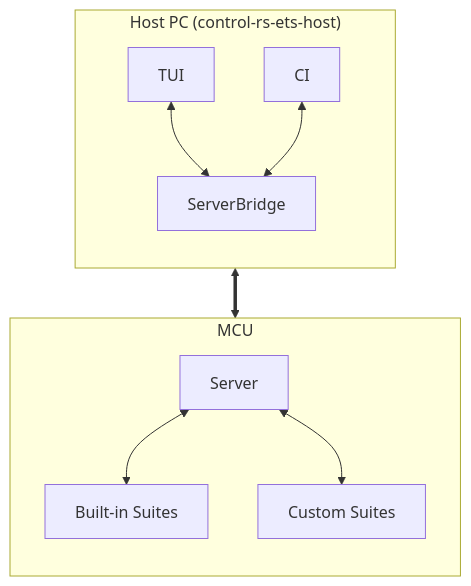
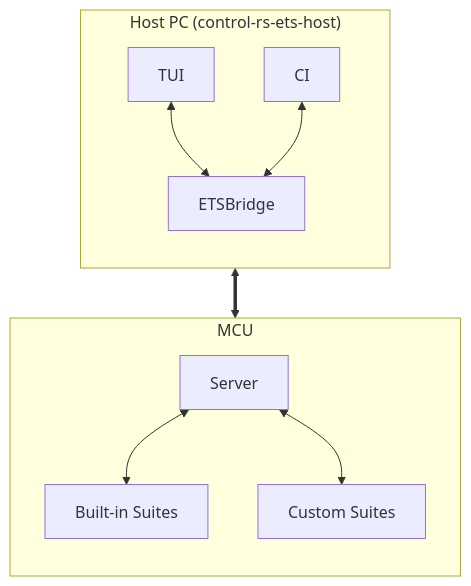
One commit to Dyse-Industries/control-rs changed the diagram in documentation/ets/ets-overview.md. Above: the diagram before and after it, drawn with Mermaid. The commit also changed 18 other files, not shown here.

````diff
--- a/documentation/ets/ets-overview.md
+++ b/documentation/ets/ets-overview.md
@@ -59,22 +59,22 @@
 ```mermaid
 flowchart TD
     Host <==> MCU
 
     subgraph Host ["Host PC (control-rs-ets-host)"]
         direction TB
         TUI["TUI"]
         CI["CI"]
-        Bridge["ServerBridge"]
+        Bridge["ETSBridge"]
         TUI <--> Bridge
         CI <--> Bridge
     end
 
     subgraph MCU ["MCU"]
         direction TB
         Server["Server"]
         BuiltIn["Built-in Suites"]
         Custom["Custom Suites"]
         Server <--> BuiltIn
         Server <--> Custom
     end
 ```
````
